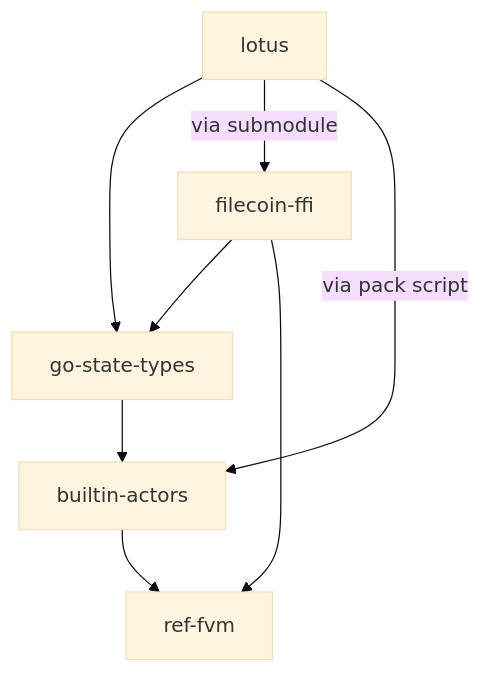
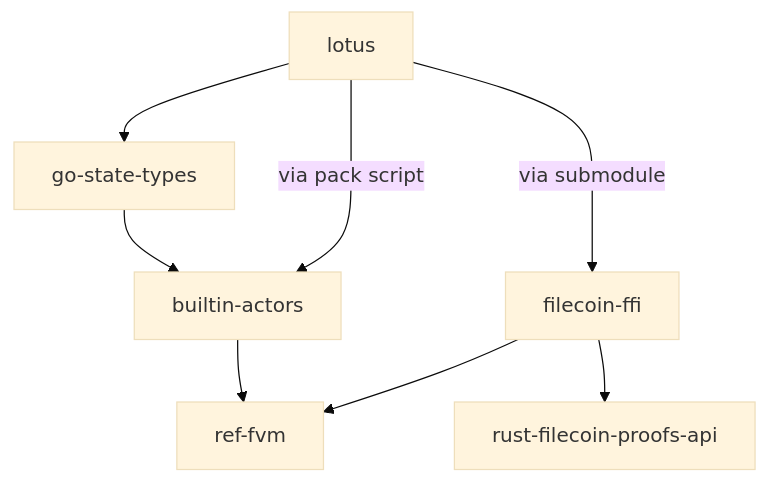
Before and after one commit to filecoin-project/lotus: the diagram in documentation/misc/Building_a_network_skeleton.md, drawn with Mermaid (base theme). The commit also changed other lines of this file, not shown here.

Commit message:
Adding rust-filecoin-proofs-api and removing go-state-types dependency from ffi

````diff
--- a/documentation/misc/Building_a_network_skeleton.md
+++ b/documentation/misc/Building_a_network_skeleton.md
@@ -26,19 +26,20 @@
 ```mermaid
 graph TD
     lotus[lotus]
     ffi[filecoin-ffi]
     gst[go-state-types]
     ba[builtin-actors]
     fvm[ref-fvm]
+    proofs[rust-filecoin-proofs-api]
 
     lotus -->gst
     lotus -->|via submodule| ffi
     lotus -->|via pack script| ba
 
     gst --> ba
 
-    ffi --> gst
     ffi --> fvm
+    ffi --> proofs
 
     ba --> fvm
 ```
````
